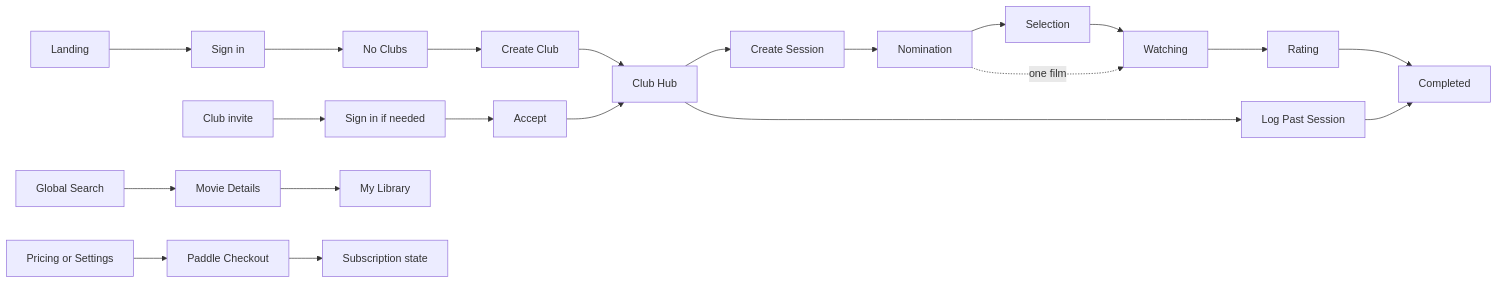
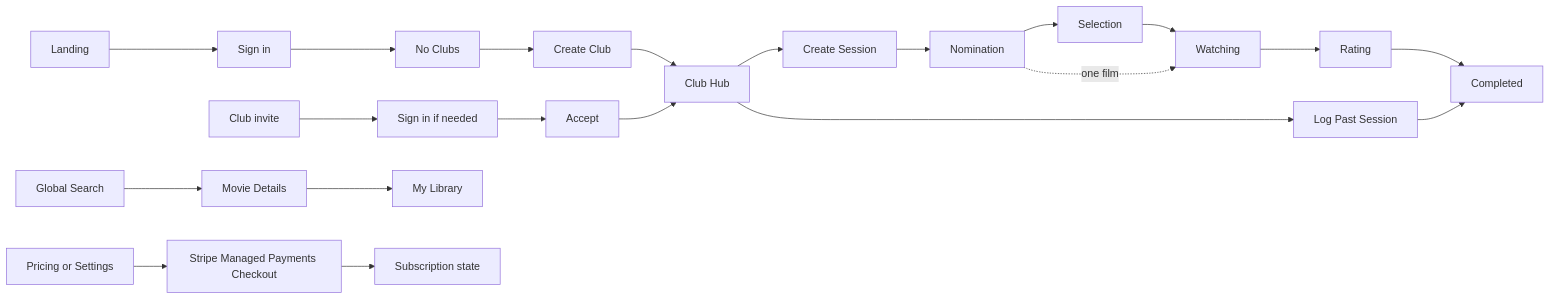
The diagram in DESIGN.md (Shagon1k/PickFlick), drawn with Mermaid before and after one commit. The commit also changed other lines of this file and 9 other files, not shown here.

First line of the commit message:
docs(billing): accept Stripe Managed Payments decision (#212)

````diff
--- a/DESIGN.md
+++ b/DESIGN.md
@@ -193,10 +193,10 @@
 ```mermaid
 flowchart LR
   Landing --> SignIn["Sign in"] --> NoClubs["No Clubs"] --> Create["Create Club"] --> Hub["Club Hub"]
   Invite["Club invite"] --> SignIn2["Sign in if needed"] --> Accept --> Hub
   Hub --> NewSession["Create Session"] --> Nomination --> Selection --> Watching --> Rating --> Completed
   Nomination -. "one film" .-> Watching
   Hub --> Past["Log Past Session"] --> Completed
   Search["Global Search"] --> Movie["Movie Details"] --> Library["My Library"]
-  Pricing["Pricing or Settings"] --> Checkout["Paddle Checkout"] --> Subscription["Subscription state"]
+  Pricing["Pricing or Settings"] --> Checkout["Stripe Managed Payments Checkout"] --> Subscription["Subscription state"]
 ```
````
